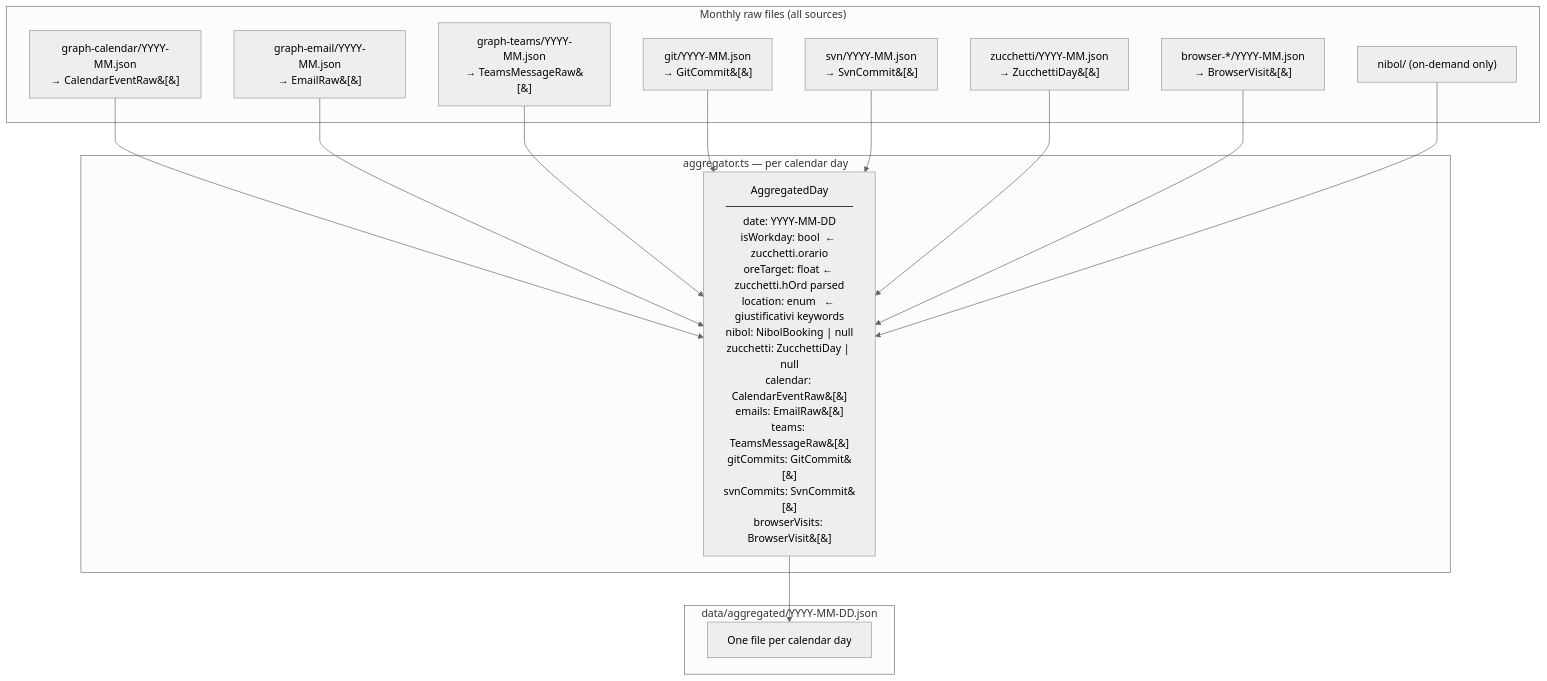
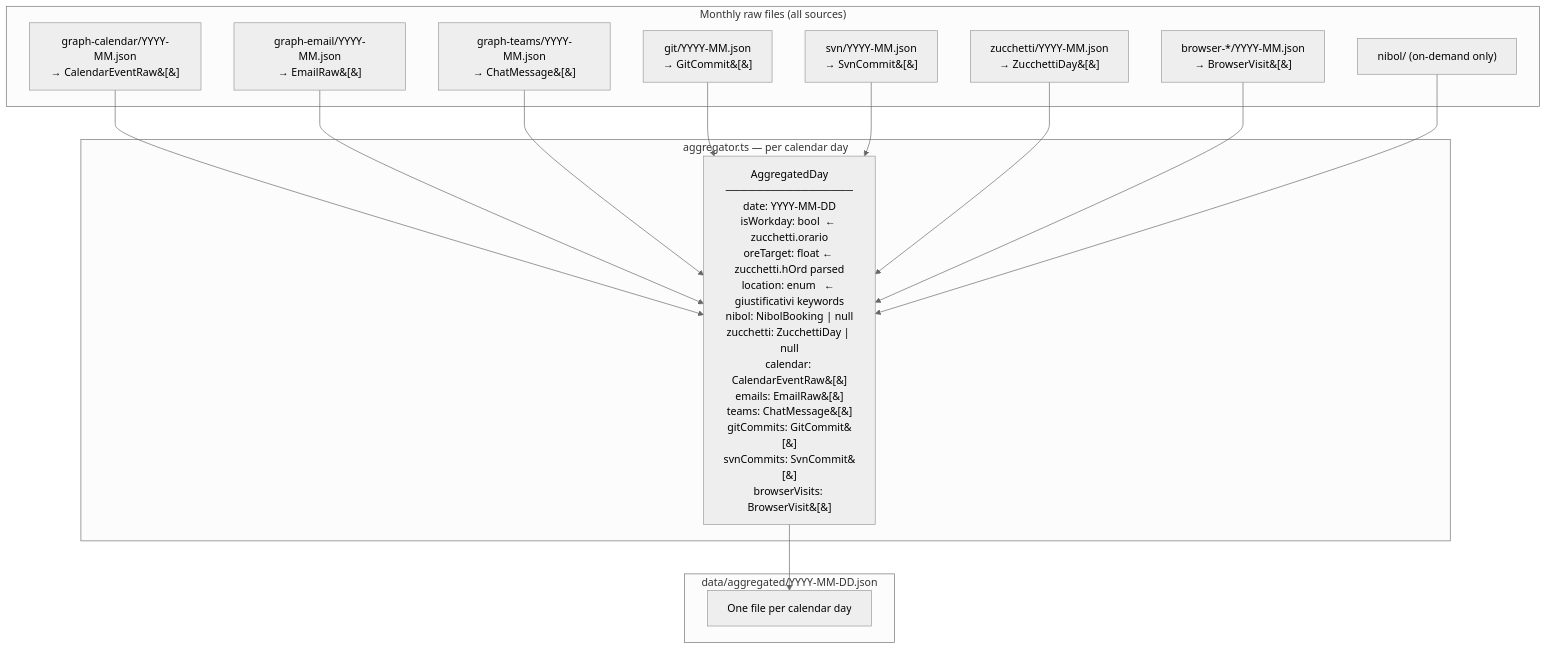
The second of 10 diagrams in docs/AI-ANALYSIS.md (shinjigi/my_ms_graph_api_collector), drawn with Mermaid (neutral theme) before and after one commit. The commit also changed other lines of this file and 74 other files, not shown here.

````diff
--- a/docs/AI-ANALYSIS.md
+++ b/docs/AI-ANALYSIS.md
@@ -137,23 +142,23 @@
 ```mermaid
 flowchart TD
     subgraph Inputs["Monthly raw files (all sources)"]
         I1["graph-calendar/YYYY-MM.json\n→ CalendarEventRaw&#91;&#93;"]
         I2["graph-email/YYYY-MM.json\n→ EmailRaw&#91;&#93;"]
-        I3["graph-teams/YYYY-MM.json\n→ TeamsMessageRaw&#91;&#93;"]
+        I3["graph-teams/YYYY-MM.json\n→ ChatMessage&#91;&#93;"]
         I4["git/YYYY-MM.json\n→ GitCommit&#91;&#93;"]
         I5["svn/YYYY-MM.json\n→ SvnCommit&#91;&#93;"]
         I6["zucchetti/YYYY-MM.json\n→ ZucchettiDay&#91;&#93;"]
         I7["browser-*/YYYY-MM.json\n→ BrowserVisit&#91;&#93;"]
         I8["nibol/ (on-demand only)"]
     end
 
     subgraph Aggregator["aggregator.ts — per calendar day"]
-        AGG["AggregatedDay\n─────────────────\ndate: YYYY-MM-DD\nisWorkday: bool  ← zucchetti.orario\noreTarget: float ← zucchetti.hOrd parsed\nlocation: enum   ← giustificativi keywords\nnibol: NibolBooking | null\nzucchetti: ZucchettiDay | null\ncalendar: CalendarEventRaw&#91;&#93;\nemails: EmailRaw&#91;&#93;\nteams: TeamsMessageRaw&#91;&#93;\ngitCommits: GitCommit&#91;&#93;\nsvnCommits: SvnCommit&#91;&#93;\nbrowserVisits: BrowserVisit&#91;&#93;"]
+        AGG["AggregatedDay\n─────────────────\ndate: YYYY-MM-DD\nisWorkday: bool  ← zucchetti.orario\noreTarget: float ← zucchetti.hOrd parsed\nlocation: enum   ← giustificativi keywords\nnibol: NibolBooking | null\nzucchetti: ZucchettiDay | null\ncalendar: CalendarEventRaw&#91;&#93;\nemails: EmailRaw&#91;&#93;\nteams: ChatMessage&#91;&#93;\ngitCommits: GitCommit&#91;&#93;\nsvnCommits: SvnCommit&#91;&#93;\nbrowserVisits: BrowserVisit&#91;&#93;"]
     end
 
     subgraph Output["data/aggregated/YYYY-MM-DD.json"]
         OUT[One file per calendar day]
     end
 
     I1 & I2 & I3 & I4 & I5 & I6 & I7 & I8 --> AGG --> OUT
 ```
````
